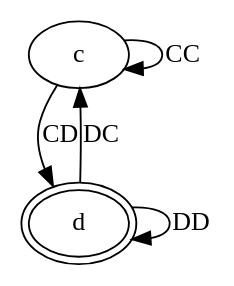
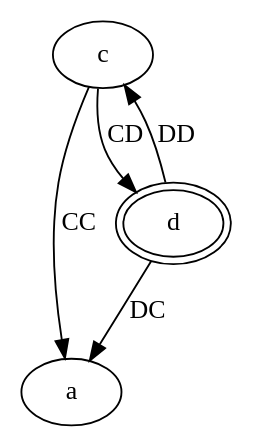
One commit to Antonio-Melo/COMP-Autoanalyze changed the diagram in dot/test1.dot. Above: the diagram before and after it, drawn with Graphviz. The commit also changed 16 other files, not shown here.

```diff
--- a/dot/test1.dot
+++ b/dot/test1.dot
@@ -1,8 +1,8 @@
 digraph G2
  {
-     c -> c [label=CC];
+     c -> a [label=CC];
      c -> d [label=CD];
-     d -> d [label=DD];
-     d -> c [label=DC];
+     d -> c [label=DD];
+     d -> a [label=DC];
      d [peripheries=2];
  }
```
